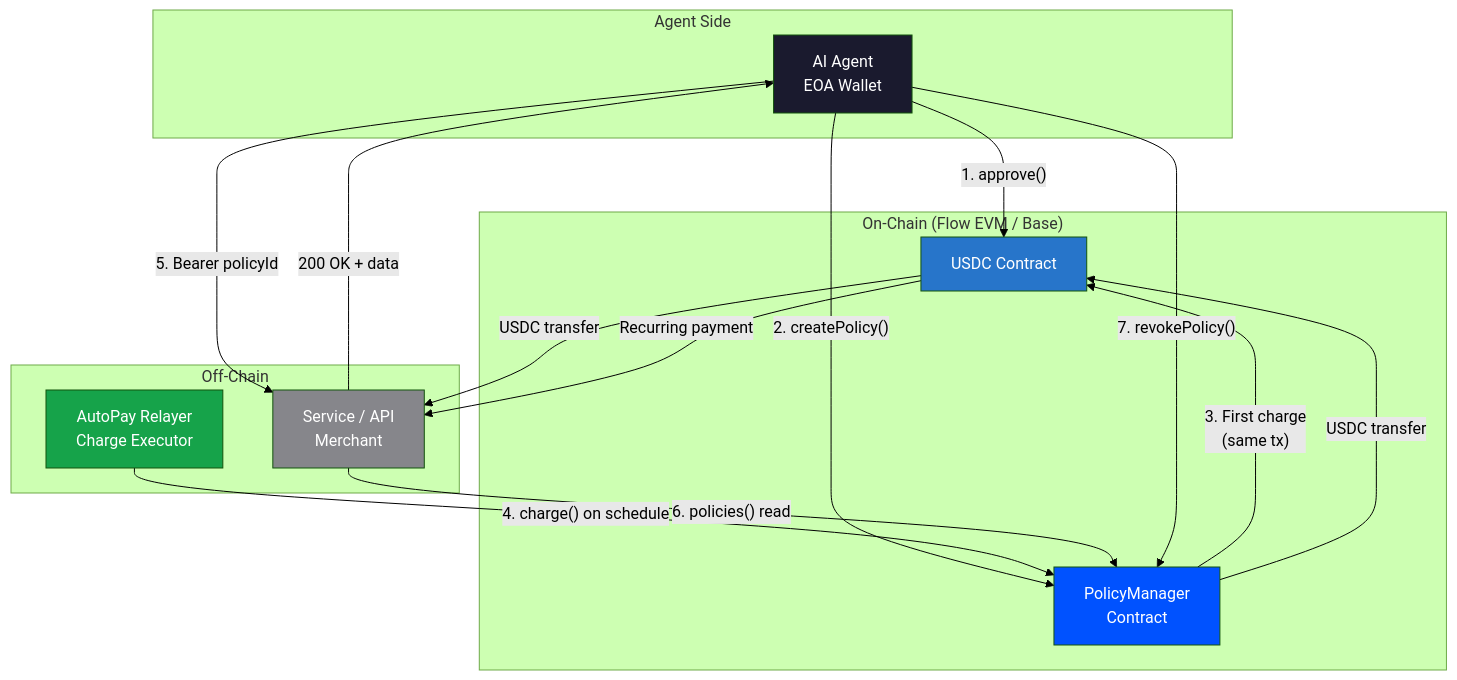
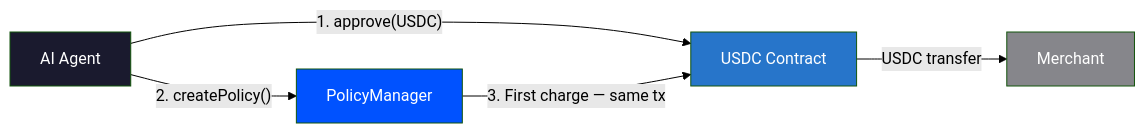
The first of 12 diagrams in documentation/AGENT_ARCHITECTURE.md (apeoverflow/Auto-Pay-Protocol), drawn with Mermaid (forest theme) before and after one commit. The commit also changed other lines of this file, not shown here.

Commit message:
updates to agent docs

````diff
--- a/documentation/AGENT_ARCHITECTURE.md
+++ b/documentation/AGENT_ARCHITECTURE.md
@@ -26,37 +30,12 @@
 ```mermaid
-graph TB
-    subgraph "Agent Side"
-        A[AI Agent<br/>EOA Wallet]
-    end
-
-    subgraph "On-Chain (Flow EVM / Base)"
-        U[USDC Contract]
-        P[PolicyManager<br/>Contract]
-    end
-
-    subgraph "Off-Chain"
-        R[AutoPay Relayer<br/>Charge Executor]
-        S[Service / API<br/>Merchant]
-    end
-
-    A -->|"1. approve()"| U
-    A -->|"2. createPolicy()"| P
-    P -->|"3. First charge<br/>(same tx)"| U
-    U -->|"USDC transfer"| S
-
-    R -->|"4. charge() on schedule"| P
-    P -->|"USDC transfer"| U
-    U -->|"Recurring payment"| S
-
-    A -->|"5. Bearer policyId"| S
-    S -->|"6. policies() read"| P
-    S -->|"200 OK + data"| A
-
-    A -->|"7. revokePolicy()"| P
+graph LR
+    A[AI Agent] -->|"1. approve(USDC)"| U[USDC Contract]
+    A -->|"2. createPolicy()"| P[PolicyManager]
+    P -->|"3. First charge — same tx"| U
+    U -->|"USDC transfer"| M[Merchant]
 
     style A fill:#1a1a2e,color:#fff
+    style U fill:#2775CA,color:#fff
     style P fill:#0052FF,color:#fff
-    style U fill:#2775CA,color:#fff
-    style R fill:#16A34A,color:#fff
-    style S fill:#86868B,color:#fff
+    style M fill:#86868B,color:#fff
 ```
````
